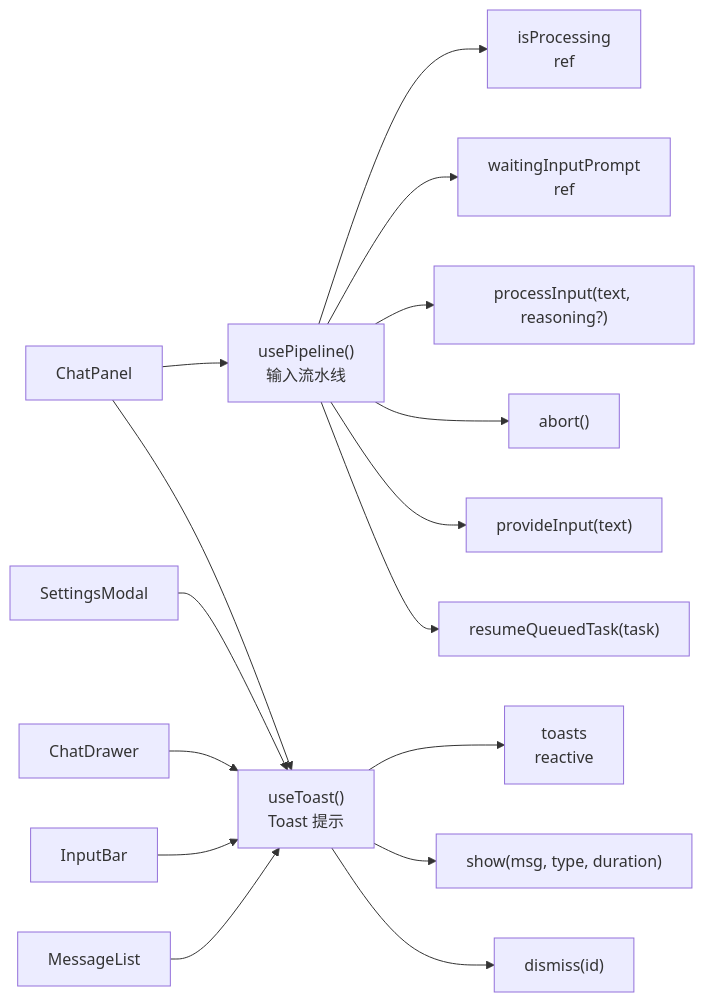
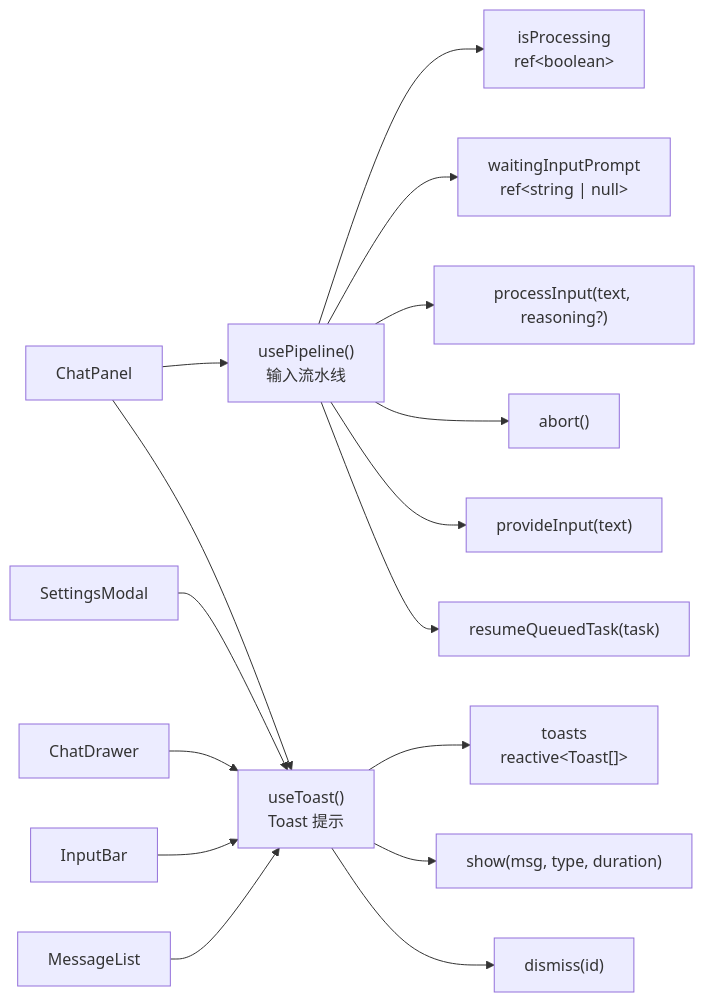
The second of 9 diagrams in docs/architecture/content-script.md (zw123zw/ai-browser), drawn with Mermaid before and after one commit. The commit also changed other lines of this file and 13 other files, not shown here.

````diff
--- a/docs/architecture/content-script.md
+++ b/docs/architecture/content-script.md
@@ -83,23 +88,23 @@
 ```mermaid
 graph LR
     UP["usePipeline()<br/>输入流水线"]
     UT["useToast()<br/>Toast 提示"]
 
-    UP --> IS["isProcessing<br/>ref<boolean>"]
-    UP --> WIP["waitingInputPrompt<br/>ref<string | null>"]
+    UP --> IS["isProcessing<br/>ref&lt;boolean&gt;"]
+    UP --> WIP["waitingInputPrompt<br/>ref&lt;string | null&gt;"]
     UP --> PI["processInput(text, reasoning?)"]
     UP --> AB["abort()"]
     UP --> PI2["provideInput(text)"]
     UP --> RQT["resumeQueuedTask(task)"]
 
-    UT --> TO["toasts<br/>reactive<Toast[]>"]
+    UT --> TO["toasts<br/>reactive&lt;Toast[]&gt;"]
     UT --> SH["show(msg, type, duration)"]
     UT --> DS["dismiss(id)"]
 
     CS["ChatPanel"] --> UP
     CS --> UT
     SM2["SettingsModal"] --> UT
     CD3["ChatDrawer"] --> UT
     IL["InputBar"] --> UT
     ML2["MessageList"] --> UT
 ```
````
